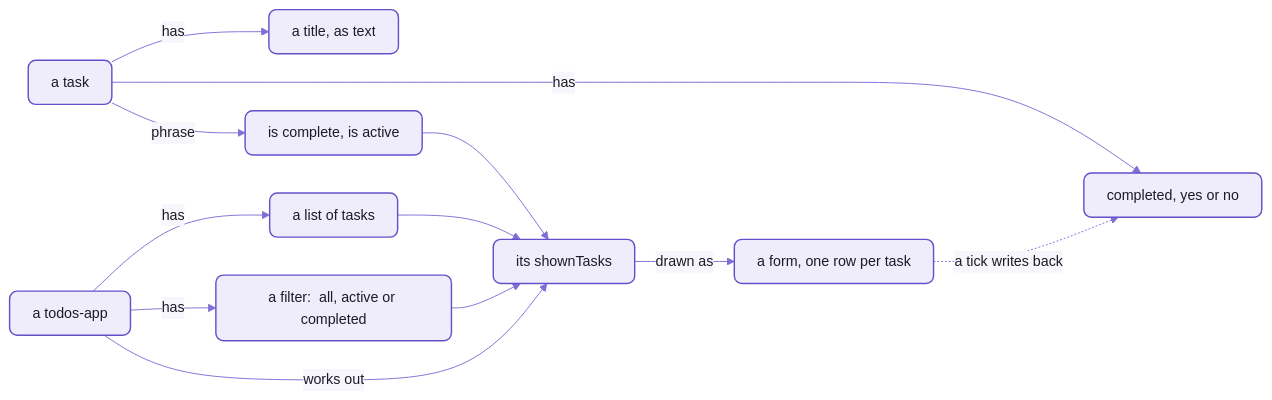
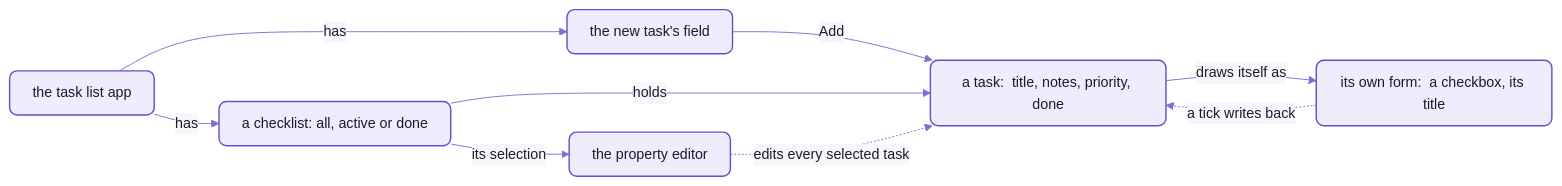
Before and after one commit to spell-app/spell: the diagram in app/README-examples.md, drawn with Mermaid. The commit also changed other lines of this file and 50 other files, not shown here.

````diff
--- a/app/README-examples.md
+++ b/app/README-examples.md
@@ -382,17 +417,14 @@
 ```mermaid
 %%{init: {"theme":"base","themeVariables":{"fontFamily":"-apple-system, BlinkMacSystemFont, Segoe UI, Helvetica, Arial, sans-serif","fontSize":"15px","primaryColor":"#EFECFB","primaryBorderColor":"#6550CA","primaryTextColor":"#1A1C27","secondaryColor":"#F4F1E9","tertiaryColor":"#F7F6FC","lineColor":"#7F6FD6","textColor":"#7F6FD6","clusterBkg":"#F7F6FC","clusterBorder":"#B9B0E8","titleColor":"#1A1C27","edgeLabelBackground":"#F7F6FC","actorBkg":"#EFECFB","actorBorder":"#6550CA","actorTextColor":"#1A1C27","actorLineColor":"#9C90DE","signalColor":"#7F6FD6","signalTextColor":"#7F6FD6","labelBoxBkgColor":"#EFECFB","labelBoxBorderColor":"#6550CA","labelTextColor":"#1A1C27","loopTextColor":"#7F6FD6","noteBkgColor":"#F1E7D4","noteBorderColor":"#C9B48A","noteTextColor":"#1A1C27","activationBkgColor":"#DCD6F7","activationBorderColor":"#6550CA","sequenceNumberColor":"#FFFFFF"},"flowchart":{"curve":"basis","padding":12,"nodeSpacing":40,"rankSpacing":44}}}%%
 flowchart LR
-  task["a task"] -->|has| title["a title, as text"]
-  task -->|has| completed["completed, yes or no"]
-  task -->|phrase| isComplete["is complete, is active"]
-  app["a todos-app"] -->|has| tasks["a list of tasks"]
-  app -->|has| filter["a filter:  all, active or completed"]
-  app -->|works out| shown["its shownTasks"]
-  tasks --> shown
-  filter --> shown
-  isComplete --> shown
-  shown -->|drawn as| form["a form, one row per task"]
-  form -.->|a tick writes back| completed
+  app["the task list app"] -->|has| list["a checklist:  all, active or done"]
+  app -->|has| draft["the new task's field"]
+  draft -->|Add| task
+  list -->|holds| task["a task:  title, notes, priority, done"]
+  task -->|draws itself as| form["its own form:  a checkbox, its title"]
+  form -.->|a tick writes back| task
+  list -->|its selection| editor["the property editor"]
+  editor -.->|edits every selected task| task
   %% the Spell look:  yarn mermaid:pretty
   classDef default fill:#EFECFB,stroke:#6550CA,stroke-width:1.5px,color:#1A1C27,rx:8px,ry:8px
 ```
````
